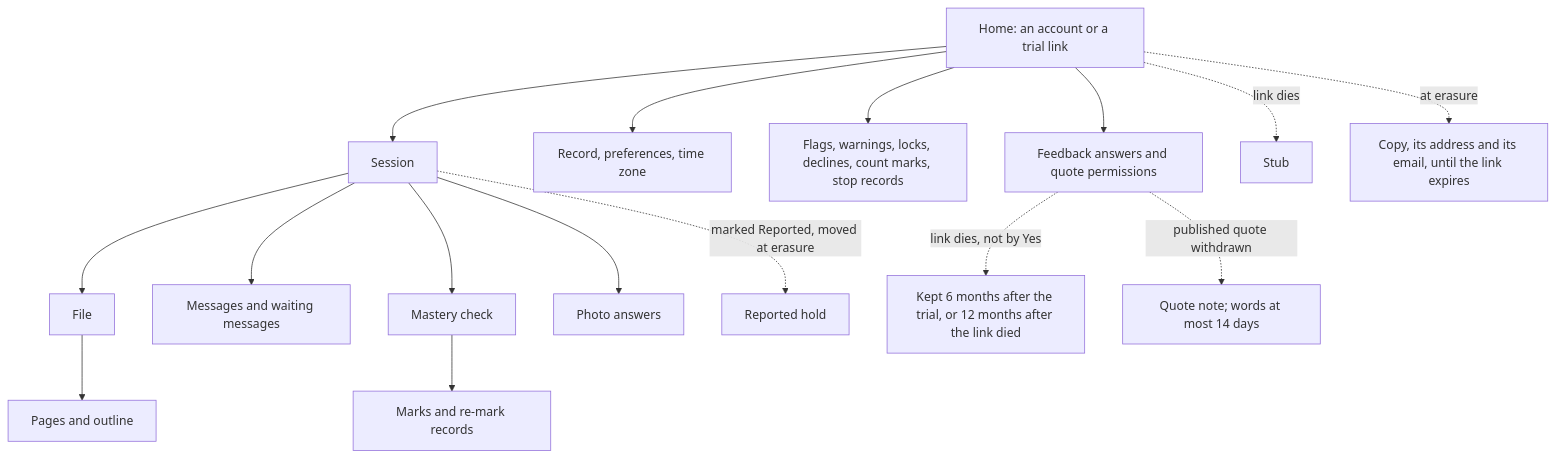
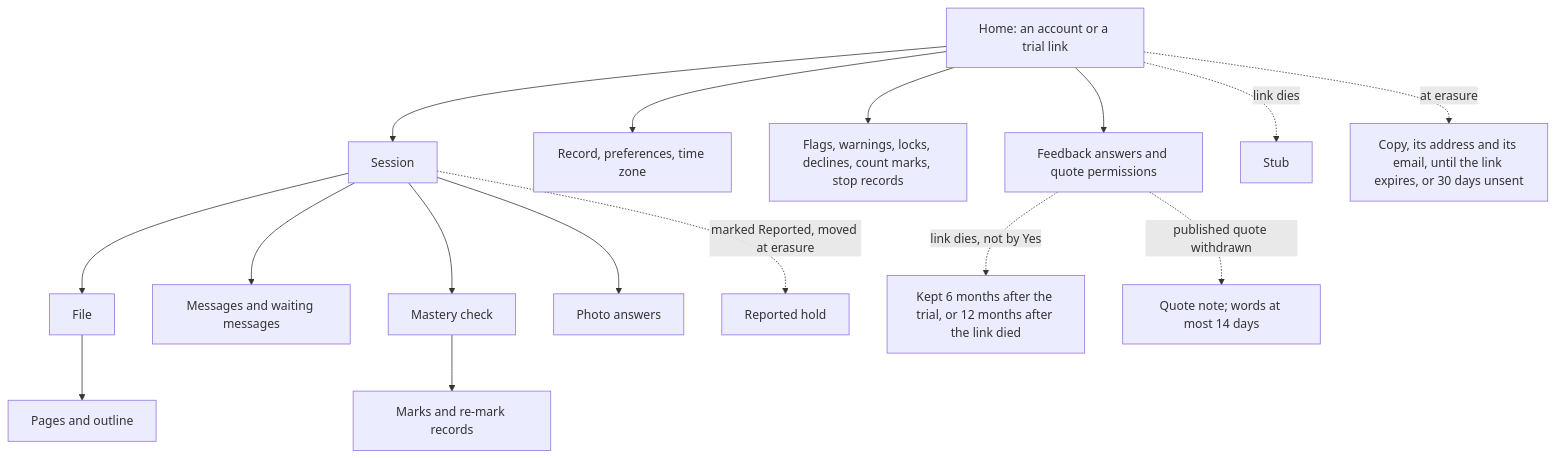
One commit to calmxz/Crux changed the first of 2 diagrams in docs/spec/data-model.md. Above: the diagram before and after it, drawn with Mermaid. The commit also changed other lines of this file and 14 other files, not shown here.

````diff
--- a/docs/spec/data-model.md
+++ b/docs/spec/data-model.md
@@ -17,16 +17,16 @@
 ```mermaid
 flowchart TD
   H[Home: an account or a trial link] --> S[Session]
   S --> F[File] --> P[Pages and outline]
   H --> R[Record, preferences, time zone]
   H --> M[Flags, warnings, locks, declines, count marks, stop records]
   H --> FA[Feedback answers and quote permissions]
   S --> MSG[Messages and waiting messages]
   S --> C[Mastery check] --> MK[Marks and re-mark records]
   S --> PA[Photo answers]
   S -. marked Reported, moved at erasure .-> RH[Reported hold]
   H -. link dies .-> ST[Stub]
   FA -. link dies, not by Yes .-> FB[Kept 6 months after the trial, or 12 months after the link died]
   FA -. published quote withdrawn .-> QN[Quote note; words at most 14 days]
-  H -. at erasure .-> CP[Copy, its address and its email, until the link expires]
+  H -. at erasure .-> CP[Copy, its address and its email, until the link expires, or 30 days unsent]
 ```
````
